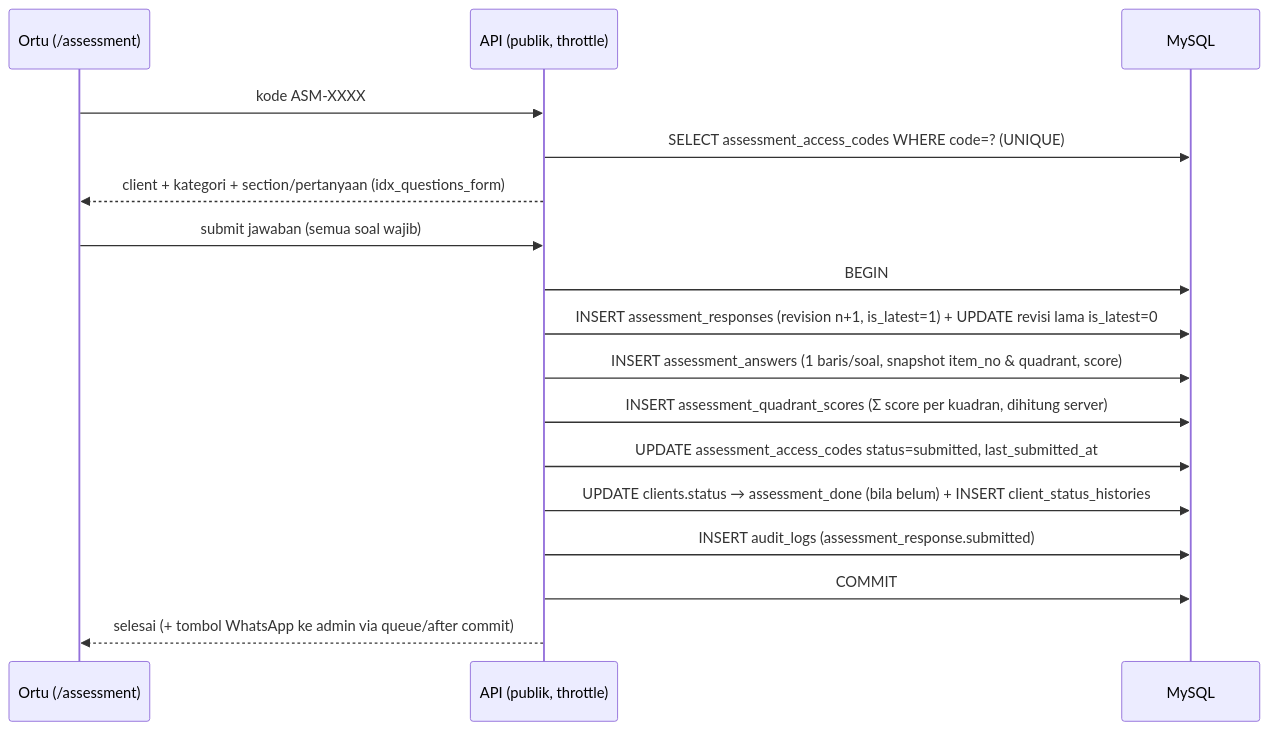
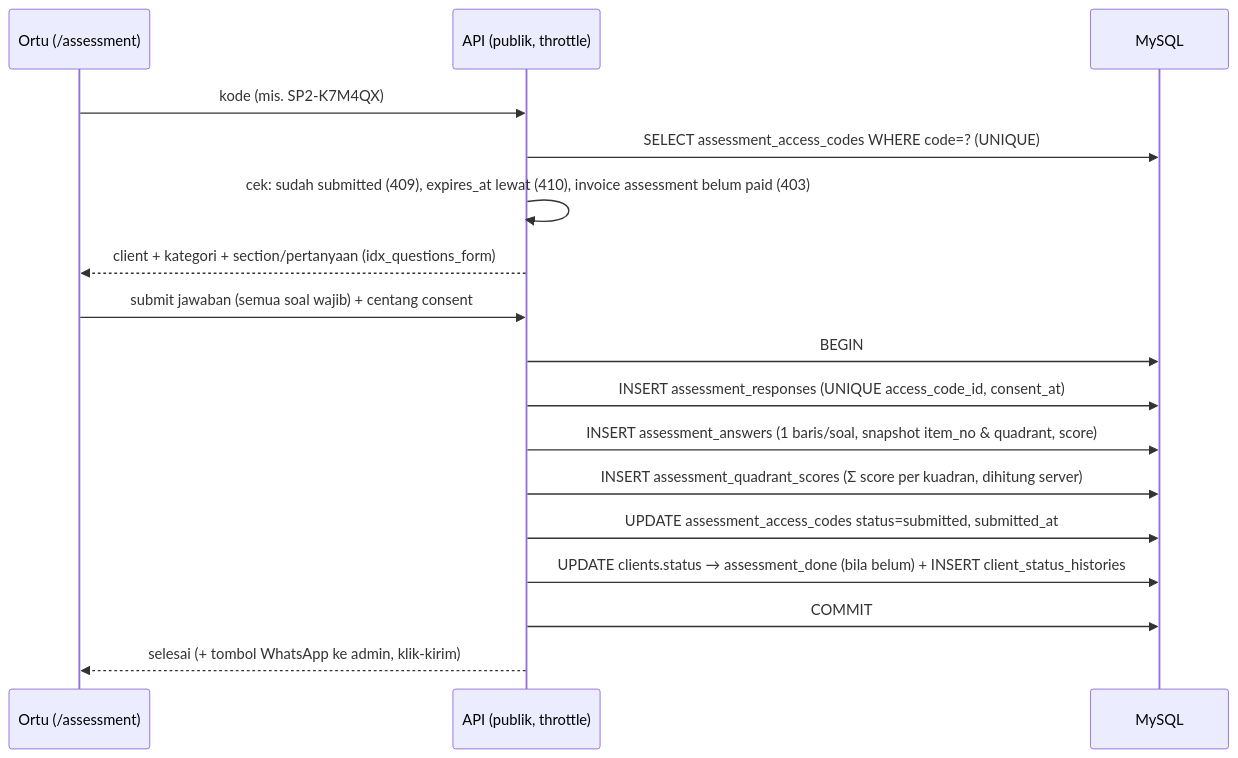
Before and after one commit to Iksan273/Therapedia: the first of 6 diagrams in technical_workflow.md, drawn with Mermaid. The commit also changed other lines of this file and 130 other files, not shown here.

````diff
--- a/technical_workflow.md
+++ b/technical_workflow.md
@@ -173,19 +178,19 @@
 ```mermaid
 sequenceDiagram
   participant P as Ortu (/assessment)
   participant A as API (publik, throttle)
   participant D as MySQL
-  P->>A: kode ASM-XXXX
+  P->>A: kode (mis. SP2-K7M4QX)
   A->>D: SELECT assessment_access_codes WHERE code=? (UNIQUE)
+  A->>A: cek: sudah submitted (409), expires_at lewat (410), invoice assessment belum paid (403)
   A-->>P: client + kategori + section/pertanyaan (idx_questions_form)
-  P->>A: submit jawaban (semua soal wajib)
+  P->>A: submit jawaban (semua soal wajib) + centang consent
   A->>D: BEGIN
-  A->>D: INSERT assessment_responses (revision n+1, is_latest=1) + UPDATE revisi lama is_latest=0
+  A->>D: INSERT assessment_responses (UNIQUE access_code_id, consent_at)
   A->>D: INSERT assessment_answers (1 baris/soal, snapshot item_no & quadrant, score)
   A->>D: INSERT assessment_quadrant_scores (Σ score per kuadran, dihitung server)
-  A->>D: UPDATE assessment_access_codes status=submitted, last_submitted_at
+  A->>D: UPDATE assessment_access_codes status=submitted, submitted_at
   A->>D: UPDATE clients.status → assessment_done (bila belum) + INSERT client_status_histories
-  A->>D: INSERT audit_logs (assessment_response.submitted)
   A->>D: COMMIT
-  A-->>P: selesai (+ tombol WhatsApp ke admin via queue/after commit)
+  A-->>P: selesai (+ tombol WhatsApp ke admin, klik-kirim)
 ```
````
